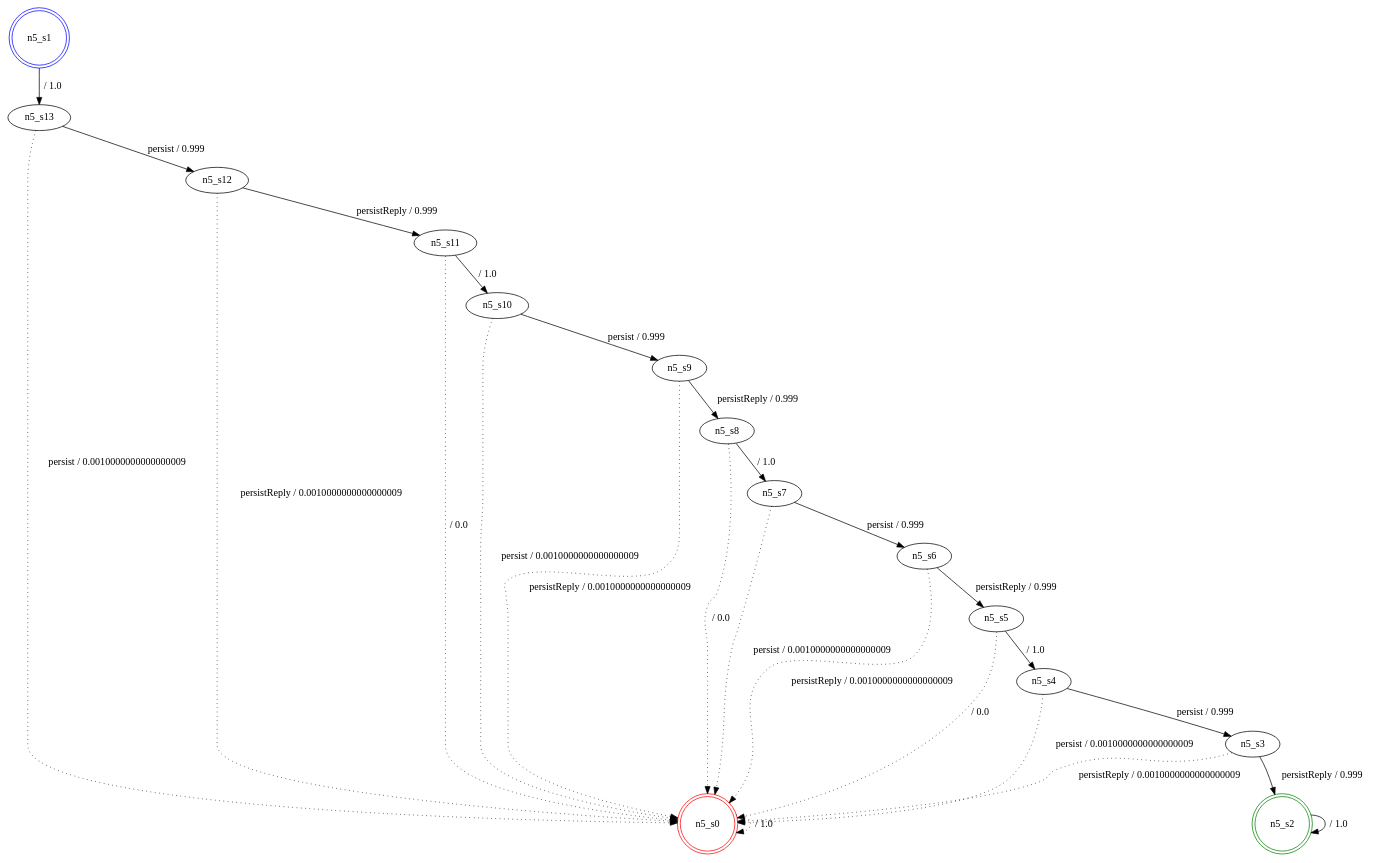
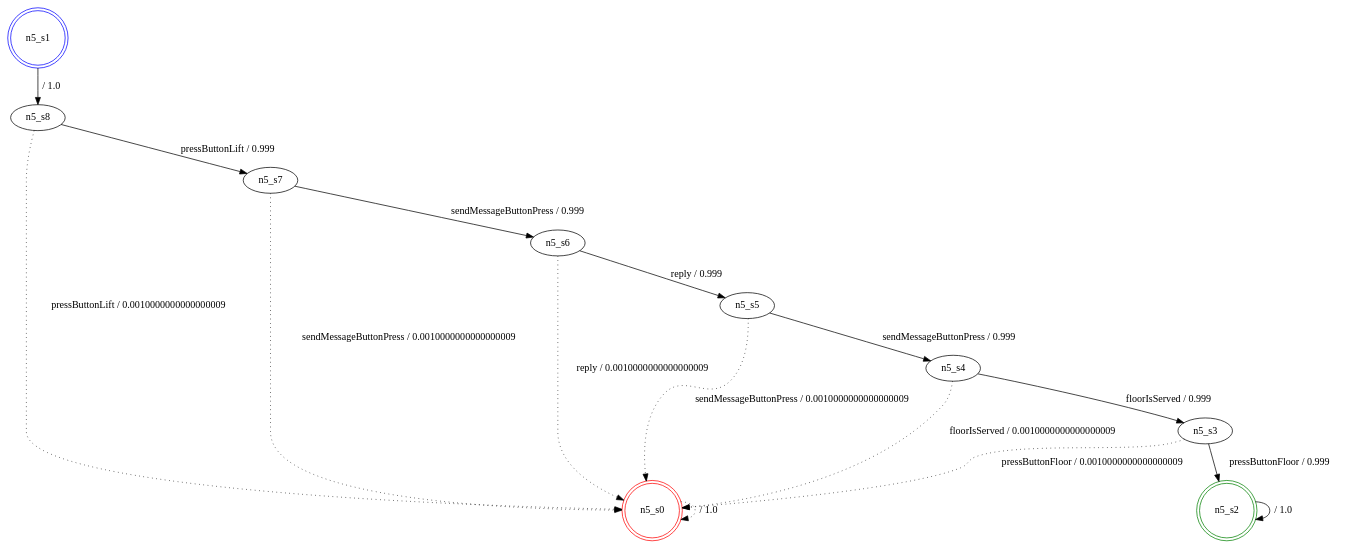
Before and after one commit to SPLMC/spl-generator: the diagram in src/generatedModels/fdtmc_n5.dot, drawn with Graphviz. The commit also changed 43 other files, not shown here.

```diff
--- a/src/generatedModels/fdtmc_n5.dot
+++ b/src/generatedModels/fdtmc_n5.dot
@@ -1,41 +1,26 @@
 digraph graphname {
 n5_s0 [label="n5_s0",color=red,shape=doublecircle ];
 n5_s1 [label="n5_s1",color=blue,shape=doublecircle ];
 n5_s2 [label="n5_s2",color=green,shape=doublecircle ];
 n5_s3 [label="n5_s3" ];
 n5_s4 [label="n5_s4" ];
 n5_s5 [label="n5_s5" ];
 n5_s6 [label="n5_s6" ];
 n5_s7 [label="n5_s7" ];
 n5_s8 [label="n5_s8" ];
-n5_s9 [label="n5_s9" ];
-n5_s10 [label="n5_s10" ];
-n5_s11 [label="n5_s11" ];
-n5_s12 [label="n5_s12" ];
-n5_s13 [label="n5_s13" ];
 n5_s0 -> n5_s0 [label=" / 1.0", style=dotted];
-n5_s1 -> n5_s13 [label=" / 1.0"];
+n5_s1 -> n5_s8 [label=" / 1.0"];
 n5_s2 -> n5_s2 [label=" / 1.0"];
-n5_s3 -> n5_s2 [label="persistReply / 0.999"];
-n5_s3 -> n5_s0 [label="persistReply / 0.0010000000000000009", style=dotted];
-n5_s4 -> n5_s3 [label="persist / 0.999"];
-n5_s4 -> n5_s0 [label="persist / 0.0010000000000000009", style=dotted];
-n5_s5 -> n5_s4 [label=" / 1.0"];
-n5_s5 -> n5_s0 [label=" / 0.0", style=dotted];
-n5_s6 -> n5_s5 [label="persistReply / 0.999"];
-n5_s6 -> n5_s0 [label="persistReply / 0.0010000000000000009", style=dotted];
-n5_s7 -> n5_s6 [label="persist / 0.999"];
-n5_s7 -> n5_s0 [label="persist / 0.0010000000000000009", style=dotted];
-n5_s8 -> n5_s7 [label=" / 1.0"];
-n5_s8 -> n5_s0 [label=" / 0.0", style=dotted];
-n5_s9 -> n5_s8 [label="persistReply / 0.999"];
-n5_s9 -> n5_s0 [label="persistReply / 0.0010000000000000009", style=dotted];
-n5_s10 -> n5_s9 [label="persist / 0.999"];
-n5_s10 -> n5_s0 [label="persist / 0.0010000000000000009", style=dotted];
-n5_s11 -> n5_s10 [label=" / 1.0"];
-n5_s11 -> n5_s0 [label=" / 0.0", style=dotted];
-n5_s12 -> n5_s11 [label="persistReply / 0.999"];
-n5_s12 -> n5_s0 [label="persistReply / 0.0010000000000000009", style=dotted];
-n5_s13 -> n5_s12 [label="persist / 0.999"];
-n5_s13 -> n5_s0 [label="persist / 0.0010000000000000009", style=dotted];
+n5_s3 -> n5_s2 [label="pressButtonFloor / 0.999"];
+n5_s3 -> n5_s0 [label="pressButtonFloor / 0.0010000000000000009", style=dotted];
+n5_s4 -> n5_s3 [label="floorIsServed / 0.999"];
+n5_s4 -> n5_s0 [label="floorIsServed / 0.0010000000000000009", style=dotted];
+n5_s5 -> n5_s4 [label="sendMessageButtonPress / 0.999"];
+n5_s5 -> n5_s0 [label="sendMessageButtonPress / 0.0010000000000000009", style=dotted];
+n5_s6 -> n5_s5 [label="reply / 0.999"];
+n5_s6 -> n5_s0 [label="reply / 0.0010000000000000009", style=dotted];
+n5_s7 -> n5_s6 [label="sendMessageButtonPress / 0.999"];
+n5_s7 -> n5_s0 [label="sendMessageButtonPress / 0.0010000000000000009", style=dotted];
+n5_s8 -> n5_s7 [label="pressButtonLift / 0.999"];
+n5_s8 -> n5_s0 [label="pressButtonLift / 0.0010000000000000009", style=dotted];
 }
```
